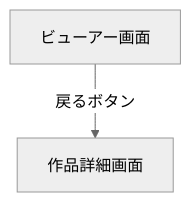
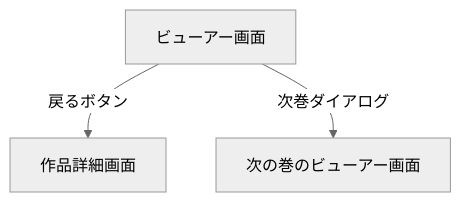
Before and after one commit to gumi-umauma/commic-viwer: the diagram in docs/spec/user/volume-viewer.md, drawn with Mermaid (neutral theme). The commit also changed other lines of this file and 20 other files, not shown here.

````diff
--- a/docs/spec/user/volume-viewer.md
+++ b/docs/spec/user/volume-viewer.md
@@ -34,4 +39,5 @@
 ```mermaid
 graph TD
   A[ビューアー画面] -->|戻るボタン| B[作品詳細画面]
+  A -->|次巻ダイアログ| C[次の巻のビューアー画面]
 ```
````
